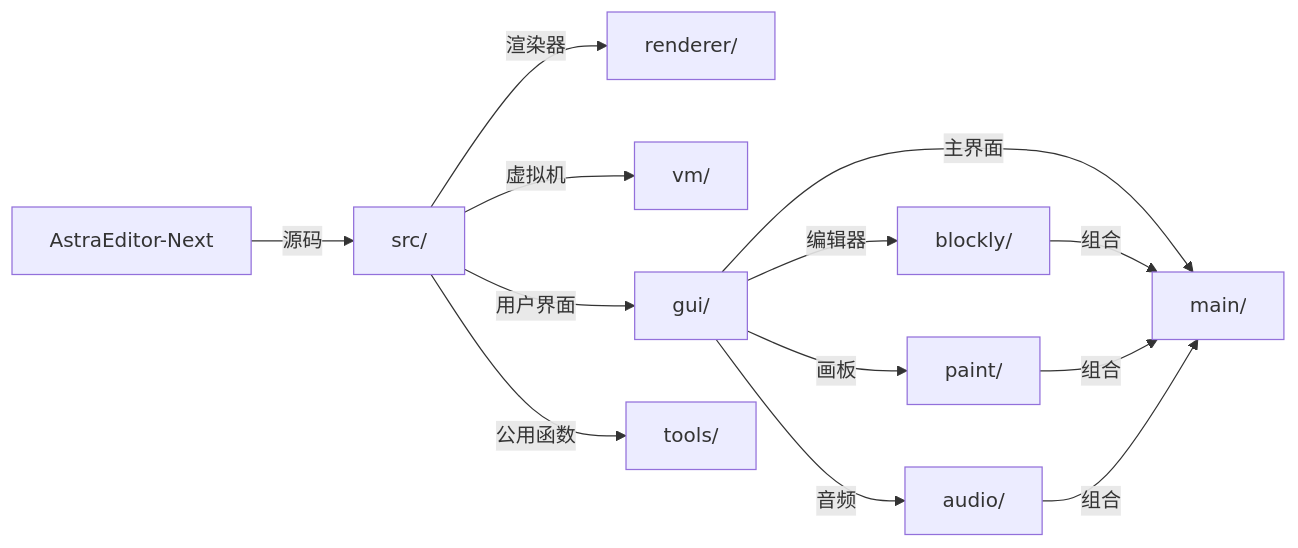
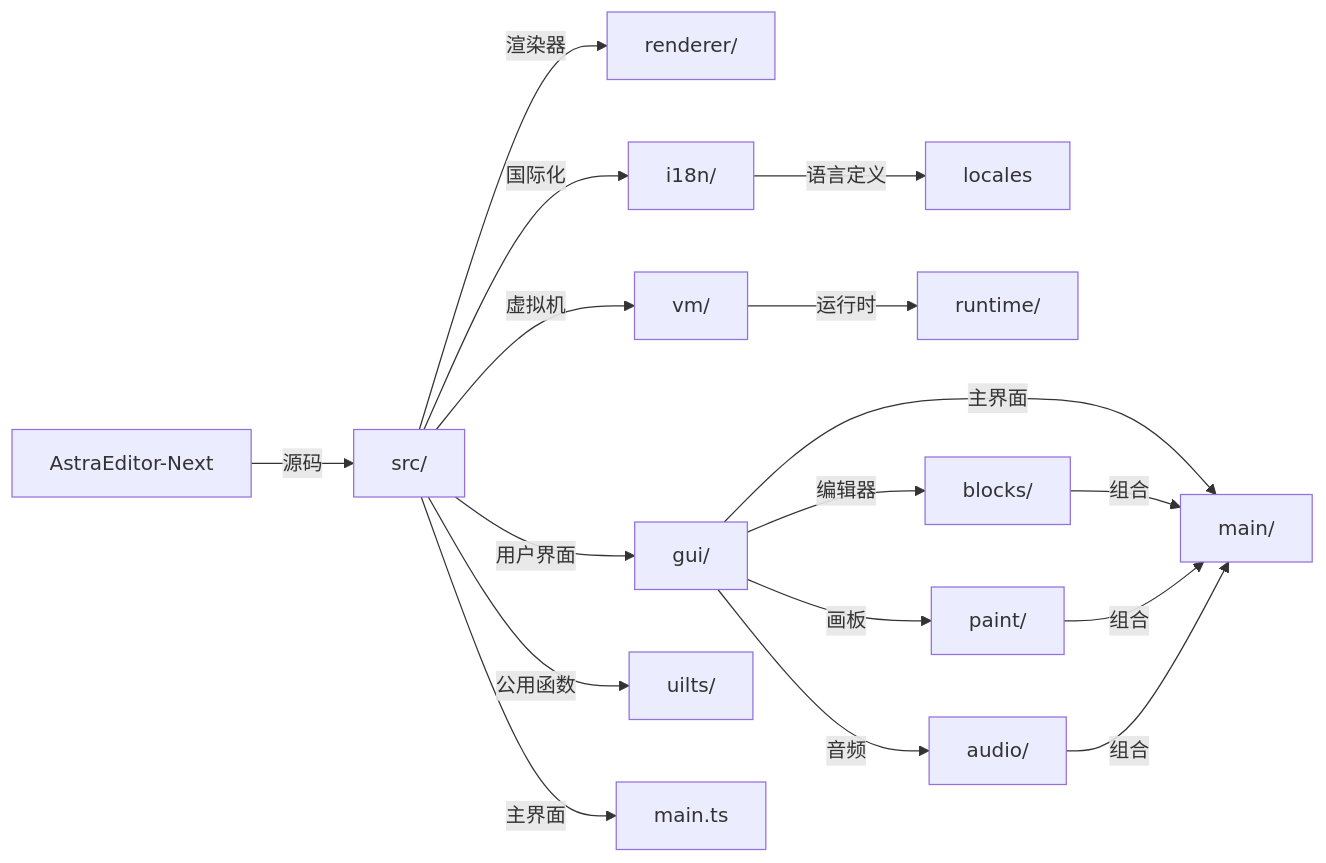
One commit to TheAstrasTeam/Astratch changed the diagram in README.md. Above: the diagram before and after it, drawn with Mermaid. The commit also changed other lines of this file and 29 other files, not shown here.

````diff
--- a/README.md
+++ b/README.md
@@ -23,19 +23,24 @@
 ```mermaid
 graph LR
         A[AstraEditor-Next]
 
         A --> |源码|B[src/]
 
         B --> |渲染器|C[renderer/]
+        B --> |国际化|O[i18n/]
+
+        O --> |语言定义| LD[locales]
+
         B --> |虚拟机|D[vm/]
+        D --> |运行时|RUNTIME[runtime/]
         B --> |用户界面|E[gui/]
         E --> |主界面|K[main/]
-        E --> |编辑器|G[blockly/]
+        E --> |编辑器|G[blocks/]
         E --> |画板|H[paint/]
         E --> |音频|I[audio/]
         G --> |组合| K
         H --> |组合| K
         I --> |组合| K
-        B --> |公用函数|F[tools/]
-        
+        B --> |公用函数|F[uilts/]
+        B --> |主界面|MAIN[main.ts]     
 ```
````
